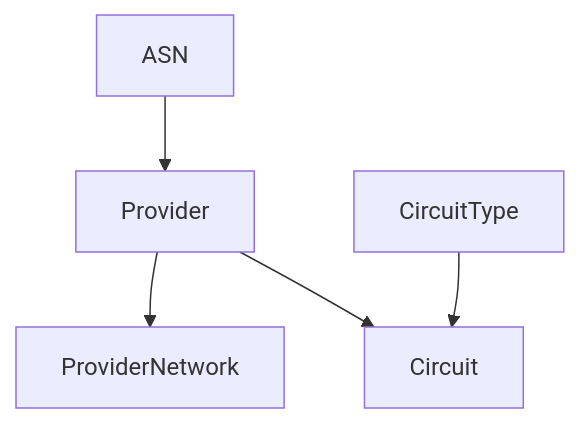
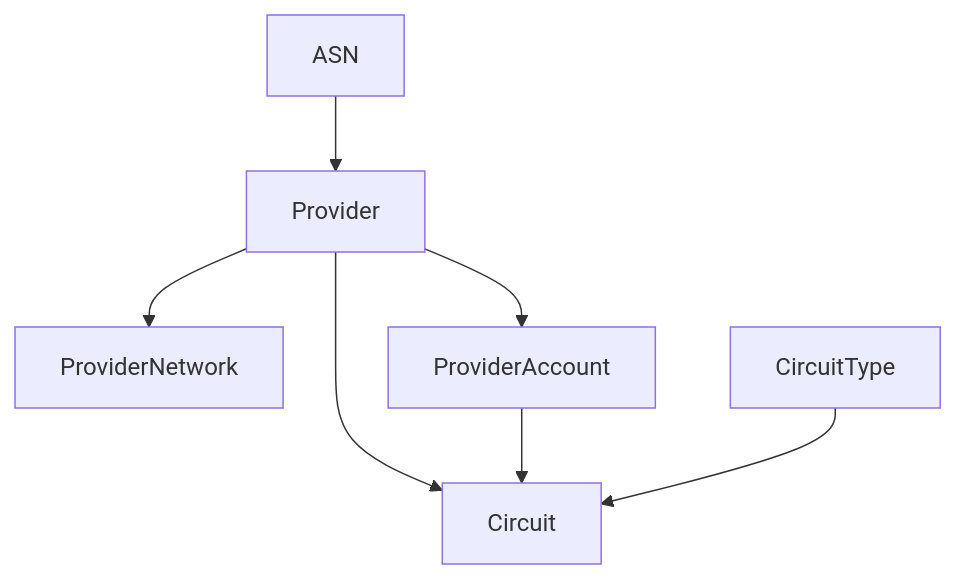
The diagram in docs/features/circuits.md (canonical/netbox), drawn with Mermaid before and after one commit. The commit also changed other lines of this file and 34 other files, not shown here.

````diff
--- a/docs/features/circuits.md
+++ b/docs/features/circuits.md
@@ -5,12 +5,14 @@
 ```mermaid
 flowchart TD
     ASN --> Provider
-    Provider --> ProviderNetwork & Circuit
+    Provider --> ProviderNetwork & ProviderAccount & Circuit
+    ProviderAccount --> Circuit
     CircuitType --> Circuit
 
 click ASN "../../models/circuits/asn/"
 click Circuit "../../models/circuits/circuit/"
 click CircuitType "../../models/circuits/circuittype/"
 click Provider "../../models/circuits/provider/"
+click ProviderAccount "../../models/circuits/provideraccount/"
 click ProviderNetwork "../../models/circuits/providernetwork/"
 ```
````
